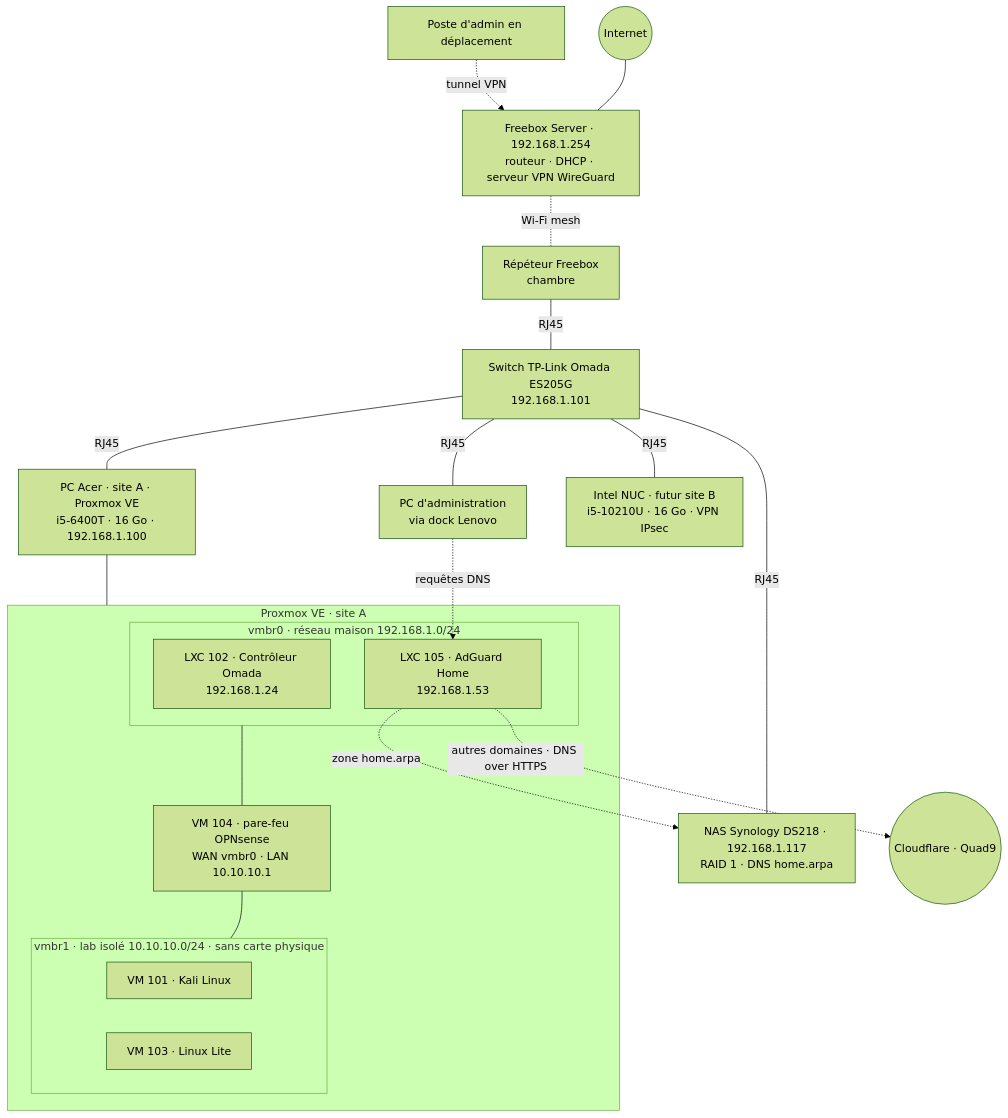
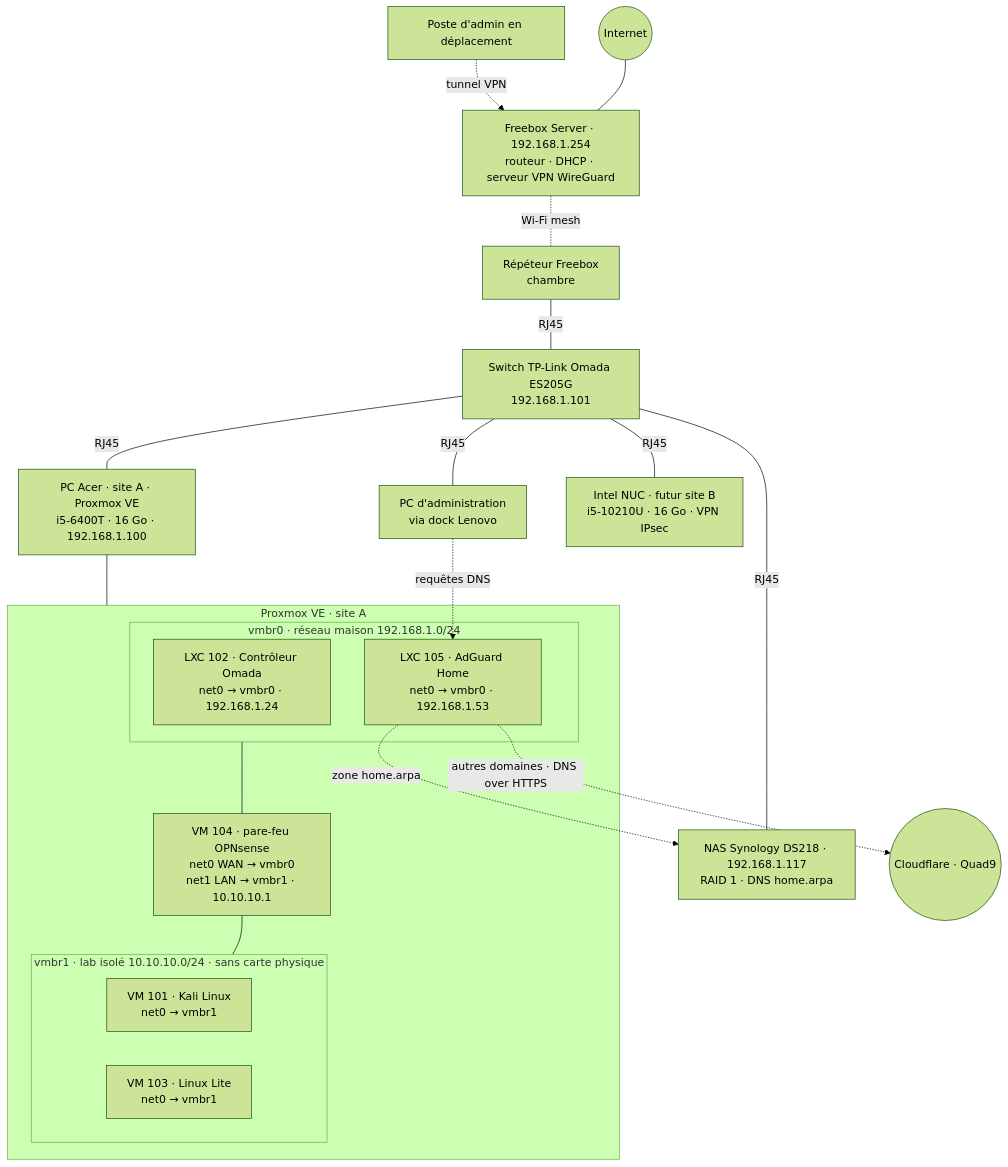
The diagram in README.md (jobb02/homelab), drawn with Mermaid (forest theme) before and after one commit.

````diff
--- a/README.md
+++ b/README.md
@@ -13,29 +13,29 @@
 ```mermaid
 flowchart TB
     Internet((Internet)) --- FBX[Freebox Server · 192.168.1.254<br/>routeur · DHCP · serveur VPN WireGuard]
     ADMDIST[Poste d'admin en déplacement] -. tunnel VPN .-> FBX
     FBX -. Wi-Fi mesh .- REP[Répéteur Freebox<br/>chambre]
     REP -- RJ45 --- SW[Switch TP-Link Omada ES205G<br/>192.168.1.101]
     SW -- RJ45 --- PVE[PC Acer · site A · Proxmox VE<br/>i5-6400T · 16 Go · 192.168.1.100]
     SW -- RJ45 --- NAS[NAS Synology DS218 · 192.168.1.117<br/>RAID 1 · DNS home.arpa]
     SW -- RJ45 --- ADM[PC d'administration<br/>via dock Lenovo]
     SW -- RJ45 --- NUC[Intel NUC · futur site B<br/>i5-10210U · 16 Go · VPN IPsec]
 
     subgraph PVE_G [Proxmox VE · site A]
         subgraph SRV [vmbr0 · réseau maison 192.168.1.0/24]
-            OMADA[LXC 102 · Contrôleur Omada<br/>192.168.1.24]
-            ADG[LXC 105 · AdGuard Home<br/>192.168.1.53]
+            OMADA["LXC 102 · Contrôleur Omada<br/>net0 → vmbr0 · 192.168.1.24"]
+            ADG["LXC 105 · AdGuard Home<br/>net0 → vmbr0 · 192.168.1.53"]
         end
-        FW[VM 104 · pare-feu OPNsense<br/>WAN vmbr0 · LAN 10.10.10.1]
+        FW["VM 104 · pare-feu OPNsense<br/>net0 WAN → vmbr0<br/>net1 LAN → vmbr1 · 10.10.10.1"]
         subgraph LAB [vmbr1 · lab isolé 10.10.10.0/24 · sans carte physique]
-            KALI[VM 101 · Kali Linux]
-            LIN[VM 103 · Linux Lite]
+            KALI["VM 101 · Kali Linux<br/>net0 → vmbr1"]
+            LIN["VM 103 · Linux Lite<br/>net0 → vmbr1"]
         end
         SRV --- FW --- LAB
     end
     PVE --- PVE_G
 
     ADM -.->|"requêtes DNS"| ADG
     ADG -.->|"zone home.arpa"| NAS
     ADG -.->|"autres domaines · DNS over HTTPS"| DOH((Cloudflare · Quad9))
 ```
````
